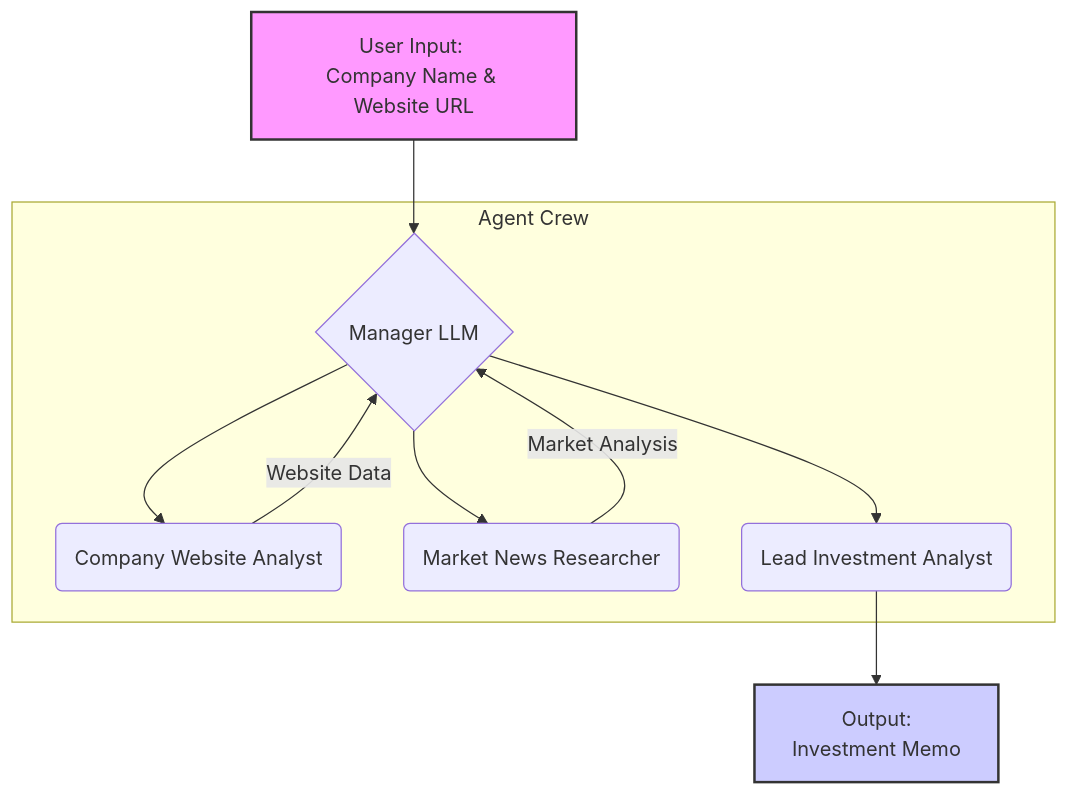
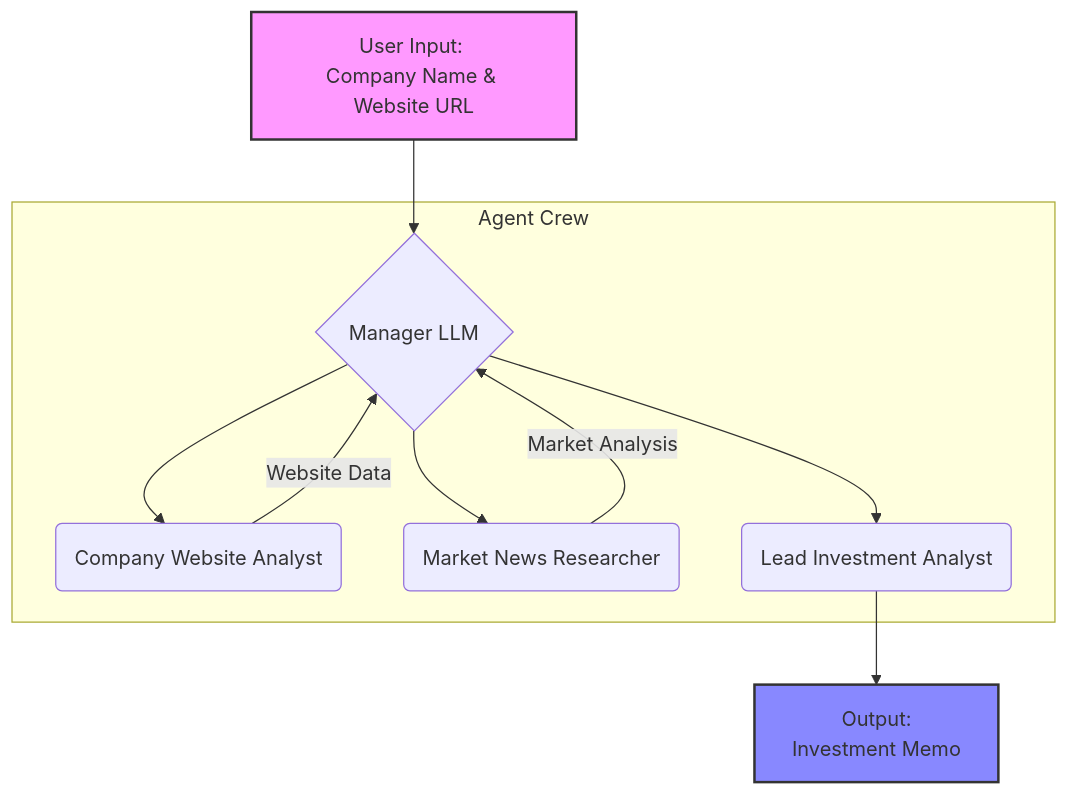
One commit to humannx2/m-a-agent changed the diagram in README.md. Above: the diagram before and after it, drawn with Mermaid.

````diff
--- a/README.md
+++ b/README.md
@@ -17,19 +17,19 @@
 ```mermaid
 graph TD
     A[User Input: <br/>Company Name & Website URL] --> B{Manager LLM};
 
     subgraph "Agent Crew"
         B --> C(Company Website Analyst);
         C -->|Website Data| B;
         
         B --> D(Market News Researcher);
         D -->|Market Analysis| B;
         
         B --> E(Lead Investment Analyst);
     end
 
     E --> F[Output: <br/>Investment Memo];
     
     style A fill:#f9f,stroke:#333,stroke-width:2px
-    style F fill:#ccf,stroke:#333,stroke-width:2px
+    style F fill:#88f,stroke:#333,stroke-width:2px
 ```
````
